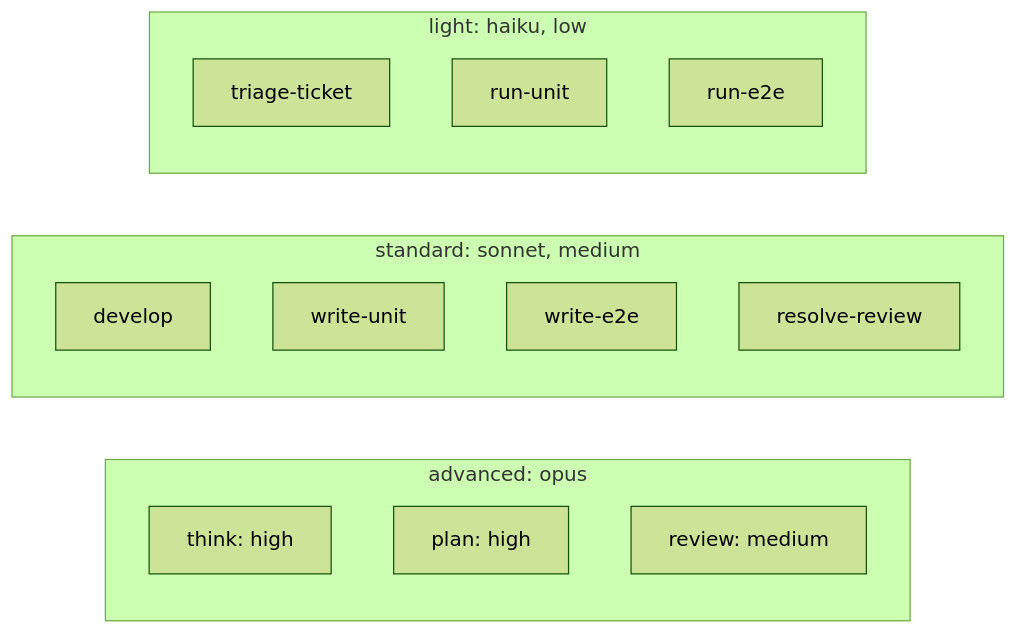
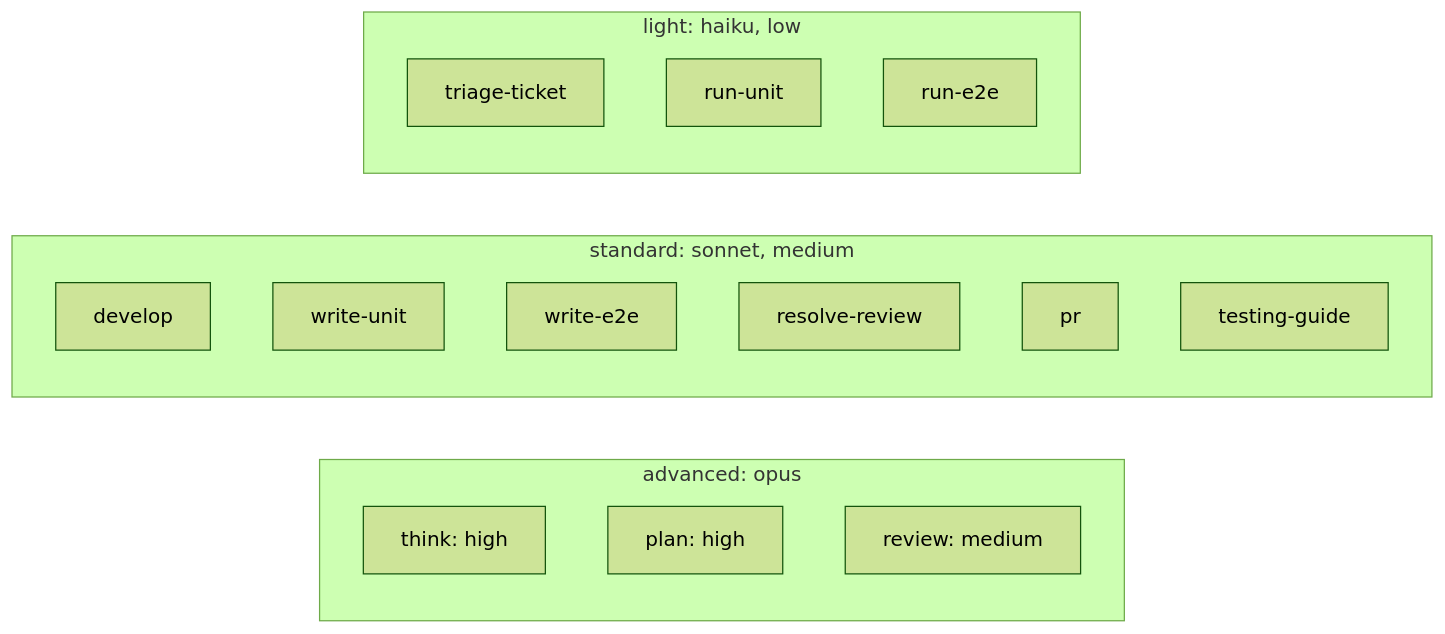
One commit to le0u0/plugins changed the diagram in agent-workflow/docs/architecture/models.md. Above: the diagram before and after it, drawn with Mermaid (forest theme). The commit also changed other lines of this file and 5 other files, not shown here.

Commit message:
docs: update manager, agents, and architecture for the new workflow

````diff
--- a/agent-workflow/docs/architecture/models.md
+++ b/agent-workflow/docs/architecture/models.md
@@ -22,12 +22,12 @@
 ```mermaid
 flowchart LR
     subgraph advanced [advanced: opus]
         think[think: high] & plan[plan: high] & rev[review: medium]
     end
     subgraph standard [standard: sonnet, medium]
-        dev[develop] & wu[write-unit] & we[write-e2e] & rr[resolve-review]
+        dev[develop] & wu[write-unit] & we[write-e2e] & rr[resolve-review] & pr[pr] & tg[testing-guide]
     end
     subgraph light [light: haiku, low]
         tri[triage-ticket] & ru[run-unit] & re[run-e2e]
     end
 ```
````
